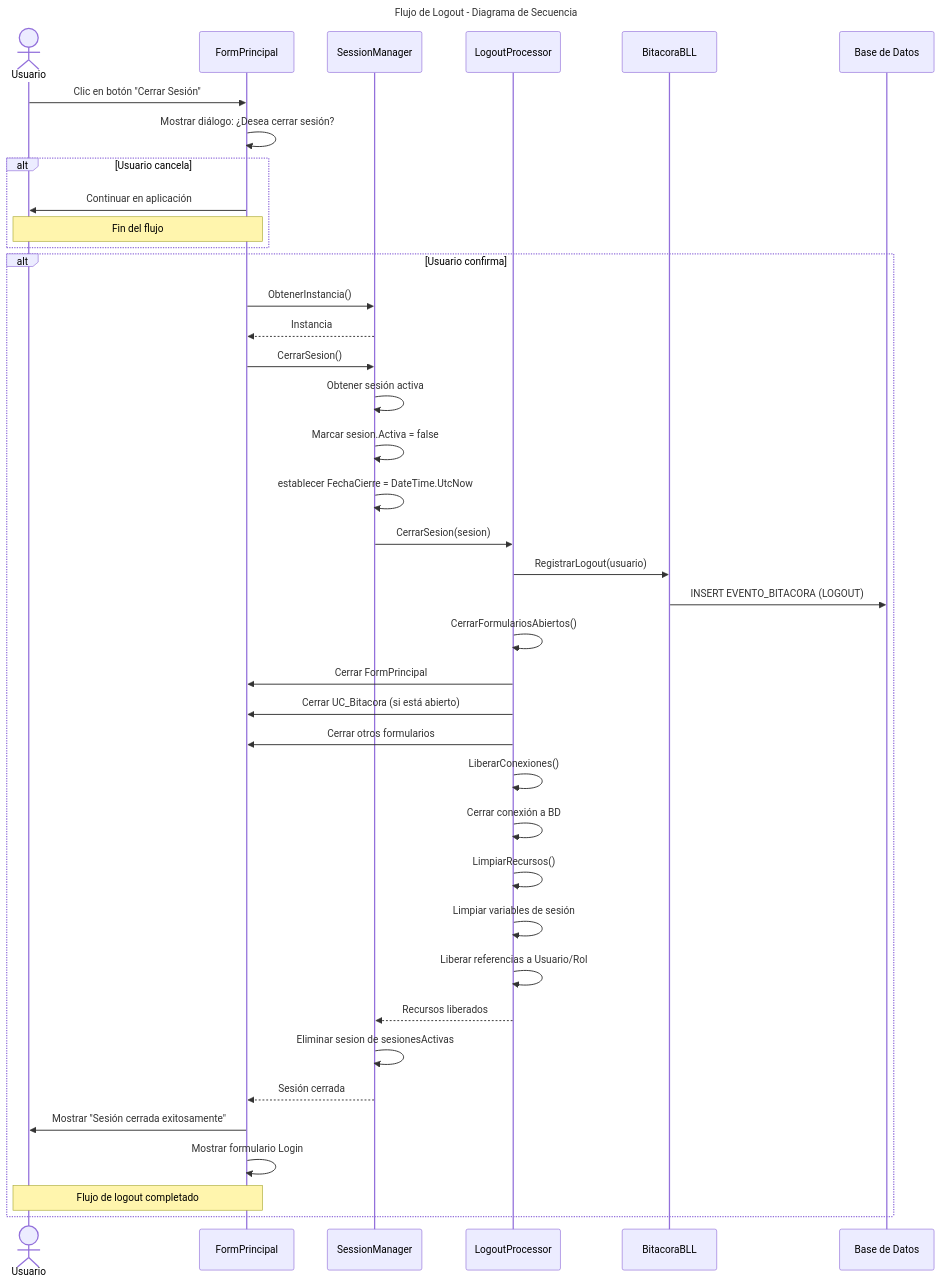
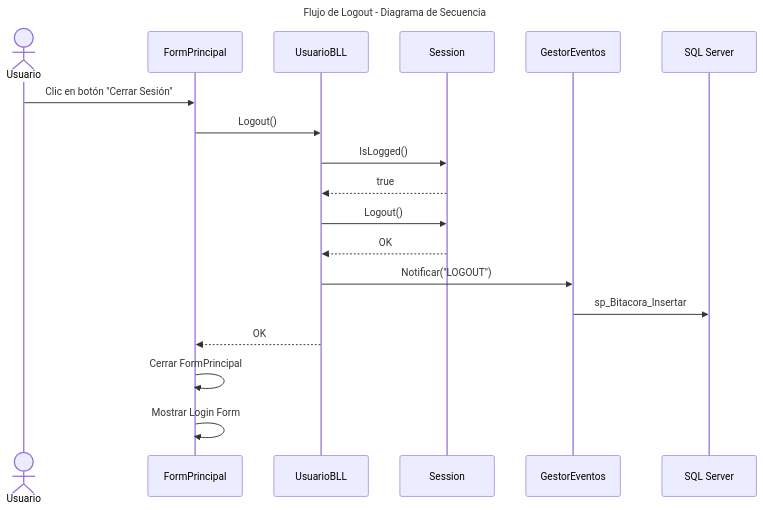
One commit to condenl/Trabajo-Practico-Final changed the eighth of 18 diagrams in Documentacion/Carpeta_Documentacion.md. Above: the diagram before and after it, drawn with Mermaid. The commit also changed other lines of this file and 52 other files, not shown here.

````diff
--- a/Documentacion/Carpeta_Documentacion.md
+++ b/Documentacion/Carpeta_Documentacion.md
@@ -1818,60 +1652,30 @@
 ```mermaid
 ---
 title: Flujo de Logout - Diagrama de Secuencia
 config:
     theme: default
 ---
 sequenceDiagram
     actor Usuario
     participant UI as FormPrincipal
-    participant SessionMgr as SessionManager
-    participant LogoutProc as LogoutProcessor
-    participant BitaBLL as BitacoraBLL
-    participant BD as Base de Datos
+    participant BLL as UsuarioBLL
+    participant Ses as Session
+    participant Evt as GestorEventos
+    participant BD as SQL Server
 
     Usuario->>UI: Clic en botón "Cerrar Sesión"
-    UI->>UI: Mostrar diálogo: ¿Desea cerrar sesión?
+    UI->>BLL: Logout()
 
-    alt Usuario cancela
-        UI->>Usuario: Continuar en aplicación
-        Note over Usuario,UI: Fin del flujo
-    end
-
-    alt Usuario confirma
-        UI->>SessionMgr: ObtenerInstancia()
-        SessionMgr-->>UI: Instancia
-
-        UI->>SessionMgr: CerrarSesion()
-
-        SessionMgr->>SessionMgr: Obtener sesión activa
-
-        SessionMgr->>SessionMgr: Marcar sesion.Activa = false
-        SessionMgr->>SessionMgr: establecer FechaCierre = DateTime.UtcNow
-
-        SessionMgr->>LogoutProc: CerrarSesion(sesion)
-
-        LogoutProc->>BitaBLL: RegistrarLogout(usuario)
-        BitaBLL->>BD: INSERT EVENTO_BITACORA (LOGOUT)
-
-        LogoutProc->>LogoutProc: CerrarFormulariosAbiertos()
-        LogoutProc->>UI: Cerrar FormPrincipal
-        LogoutProc->>UI: Cerrar UC_Bitacora (si está abierto)
-        LogoutProc->>UI: Cerrar otros formularios
-
-        LogoutProc->>LogoutProc: LiberarConexiones()
-        LogoutProc->>LogoutProc: Cerrar conexión a BD
-
-        LogoutProc->>LogoutProc: LimpiarRecursos()
-        LogoutProc->>LogoutProc: Limpiar variables de sesión
-        LogoutProc->>LogoutProc: Liberar referencias a Usuario/Rol
-
-        LogoutProc-->>SessionMgr: Recursos liberados
-
-        SessionMgr->>SessionMgr: Eliminar sesion de sesionesActivas
-        SessionMgr-->>UI: Sesión cerrada
-
-        UI->>Usuario: Mostrar "Sesión cerrada exitosamente"
-        UI->>UI: Mostrar formulario Login
-        Note over Usuario,UI: Flujo de logout completado
-    end
+    BLL->>Ses: IsLogged()
+    Ses-->>BLL: true
+    
+    BLL->>Ses: Logout()
+    Ses-->>BLL: OK
+    
+    BLL->>Evt: Notificar("LOGOUT")
+    Evt->>BD: sp_Bitacora_Insertar
+    
+    BLL-->>UI: OK
+    UI->>UI: Cerrar FormPrincipal
+    UI->>UI: Mostrar Login Form
 ```
````
